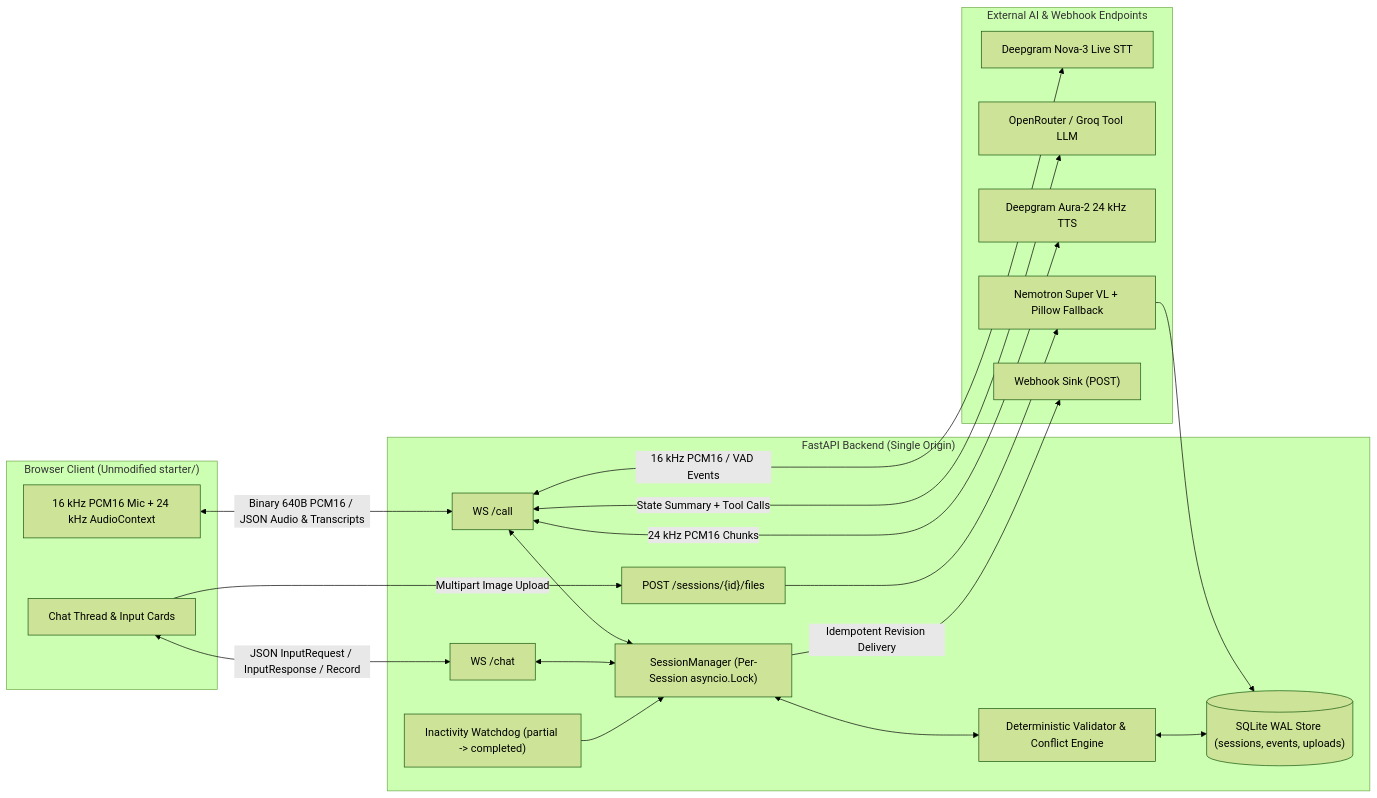
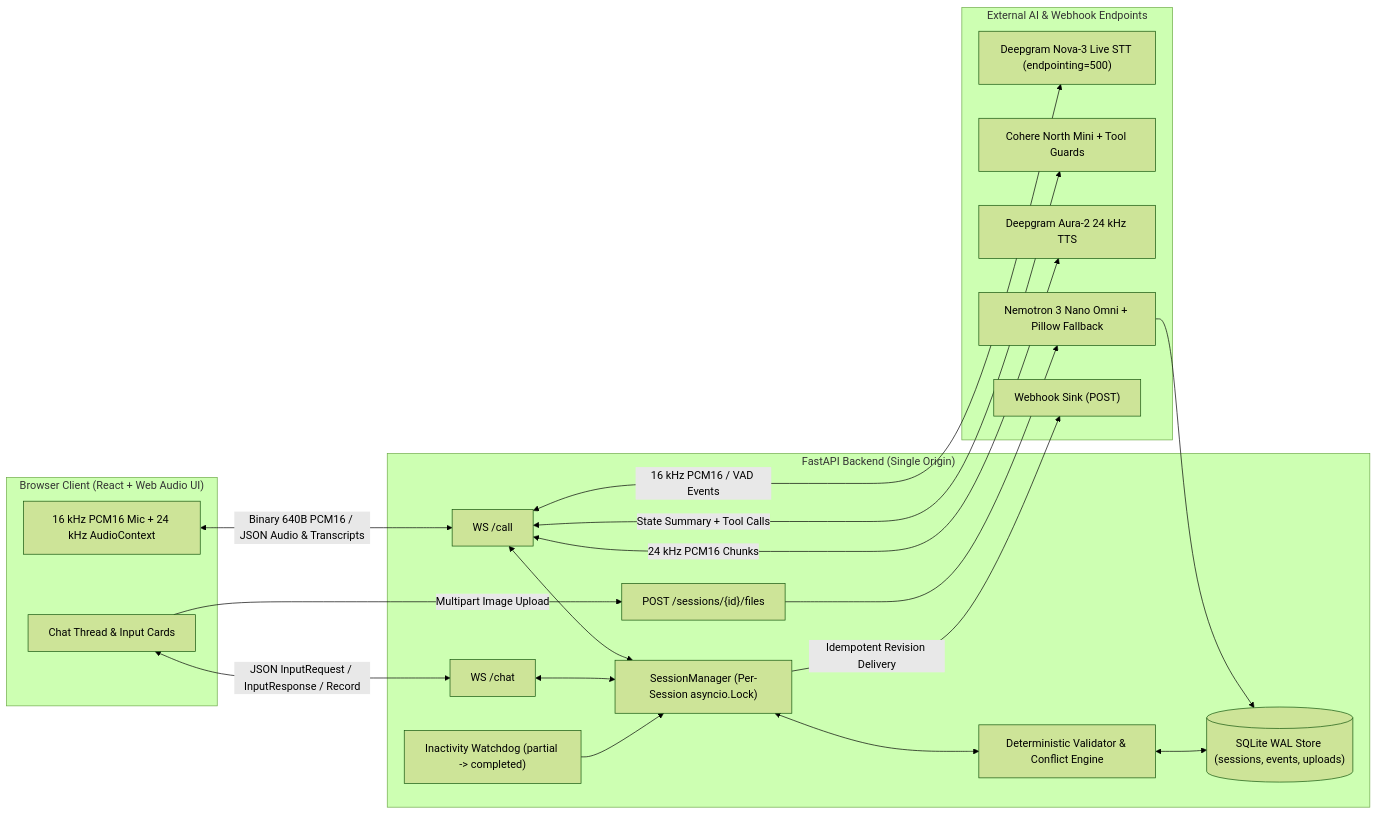
One commit to tan-alpha/insurance-voice-agent changed the diagram in README.md. Above: the diagram before and after it, drawn with Mermaid (forest theme). The commit also changed other lines of this file and 16 other files, not shown here.

````diff
--- a/README.md
+++ b/README.md
@@ -11,41 +11,41 @@
 ```mermaid
 graph LR
-    subgraph Browser ["Browser Client (Unmodified starter/)"]
+    subgraph Browser ["Browser Client (React + Web Audio UI)"]
         Mic["16 kHz PCM16 Mic + 24 kHz AudioContext"]
         Cards["Chat Thread & Input Cards"]
     end
 
     subgraph FastAPI ["FastAPI Backend (Single Origin)"]
         CallWS["WS /call"]
         ChatWS["WS /chat"]
         UploadAPI["POST /sessions/{id}/files"]
         SM["SessionManager (Per-Session asyncio.Lock)"]
         Val["Deterministic Validator & Conflict Engine"]
         Watchdog["Inactivity Watchdog (partial -> completed)"]
         Store[("SQLite WAL Store (sessions, events, uploads)")]
     end
 
     subgraph Providers ["External AI & Webhook Endpoints"]
-        DG_STT["Deepgram Nova-3 Live STT"]
-        LLM["OpenRouter / Groq Tool LLM"]
+        DG_STT["Deepgram Nova-3 Live STT (endpointing=500)"]
+        LLM["Cohere North Mini + Tool Guards"]
         DG_TTS["Deepgram Aura-2 24 kHz TTS"]
-        Vision["Nemotron Super VL + Pillow Fallback"]
+        Vision["Nemotron 3 Nano Omni + Pillow Fallback"]
         Sink["Webhook Sink (POST)"]
     end
 
     Mic <-->|"Binary 640B PCM16 / JSON Audio & Transcripts"| CallWS
     Cards <-->|"JSON InputRequest / InputResponse / Record"| ChatWS
     Cards -->|"Multipart Image Upload"| UploadAPI
 
     CallWS <--> SM
     ChatWS <--> SM
     UploadAPI --> Vision --> Store
 
     SM <--> Val <--> Store
     Watchdog --> SM
     SM -->|"Idempotent Revision Delivery"| Sink
 
     CallWS <-->|"16 kHz PCM16 / VAD Events"| DG_STT
     CallWS <-->|"State Summary + Tool Calls"| LLM
     CallWS <-->|"24 kHz PCM16 Chunks"| DG_TTS
 ```
````
